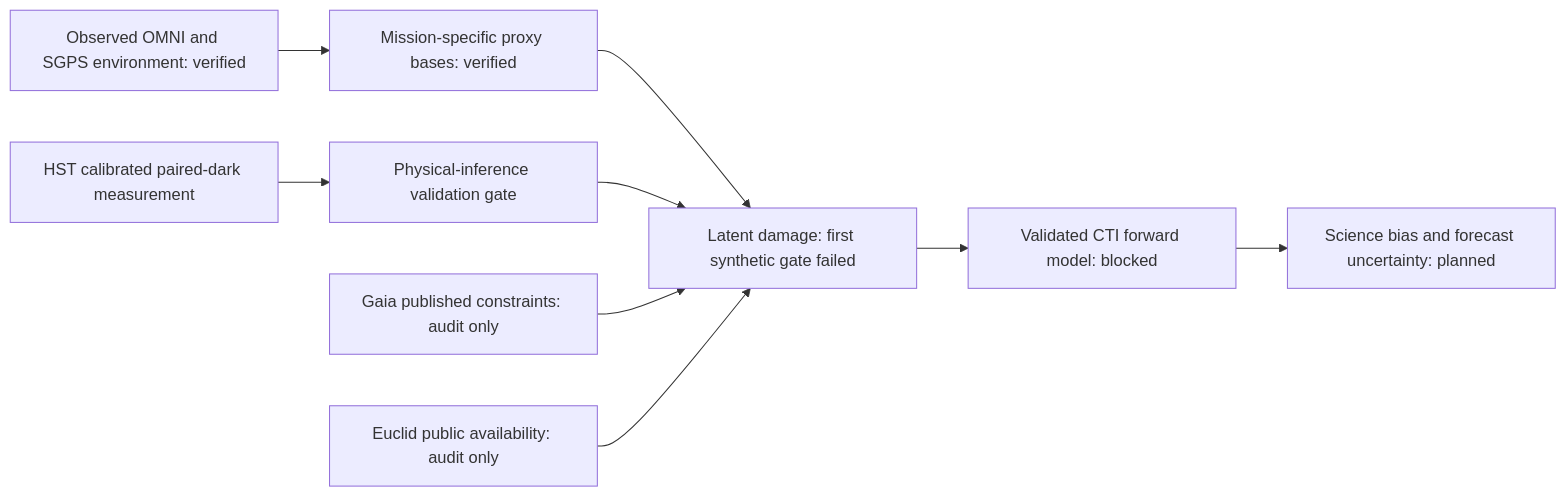
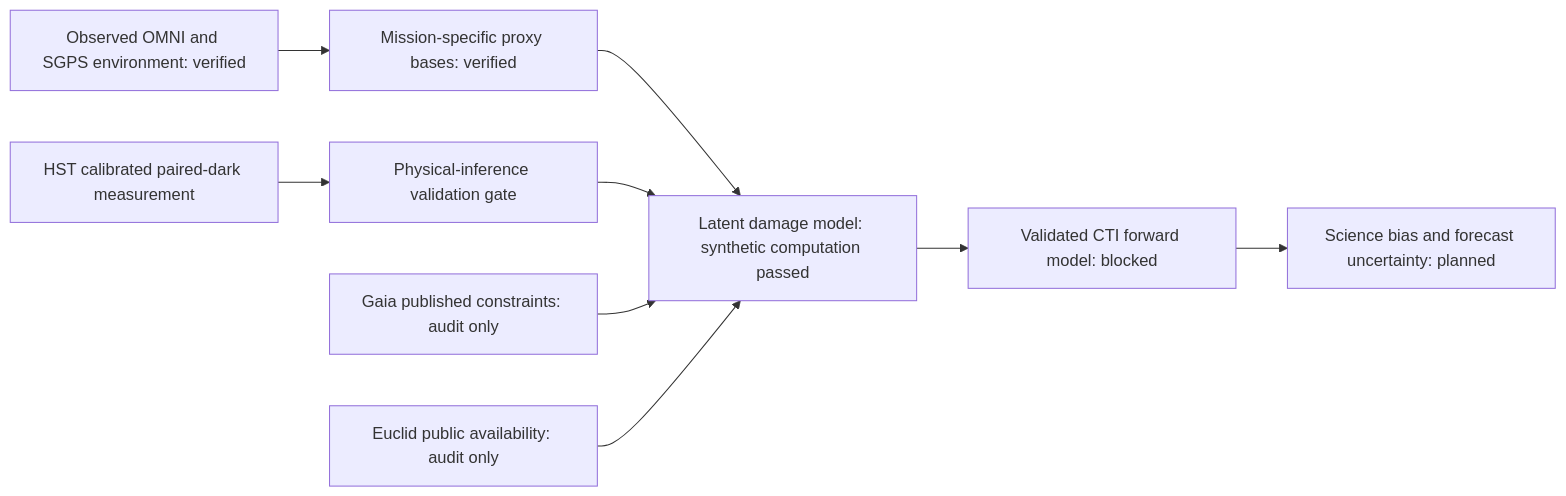
One commit to Biswajit1999/lattice-radiation-twin changed the diagram in README.md. Above: the diagram before and after it, drawn with Mermaid. The commit also changed other lines of this file and 8 other files, not shown here.

````diff
--- a/README.md
+++ b/README.md
@@ -17,11 +17,11 @@
 ```mermaid
 flowchart LR
   A[Observed OMNI and SGPS environment: verified] --> B[Mission-specific proxy bases: verified]
-  B --> C[Latent damage: first synthetic gate failed]
+  B --> C[Latent damage model: synthetic computation passed]
   H[HST calibrated paired-dark measurement] --> V[Physical-inference validation gate]
   V --> C
   G[Gaia published constraints: audit only] --> C
   E[Euclid public availability: audit only] --> C
   C --> D[Validated CTI forward model: blocked]
   D --> S[Science bias and forecast uncertainty: planned]
 ```
````
